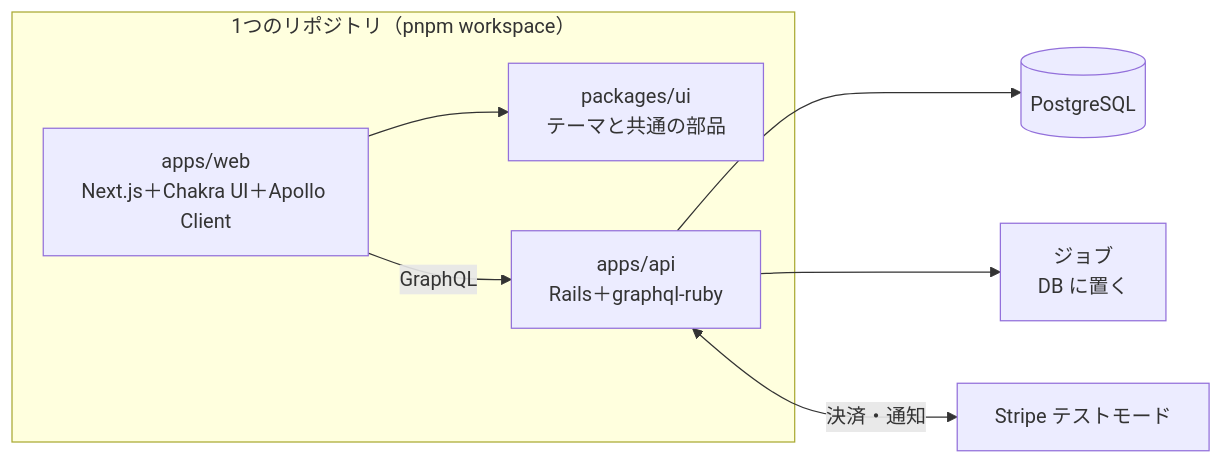
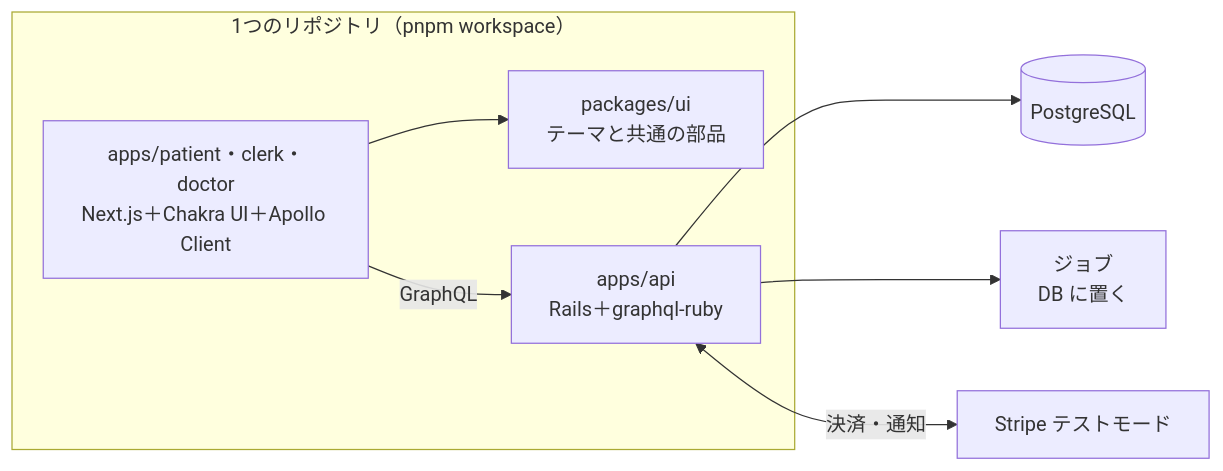
The second of 2 diagrams in docs/roadmap.md (masa-devx/clinic-architecture), drawn with Mermaid before and after one commit. The commit also changed 235 other files, not shown here.

````diff
--- a/docs/roadmap.md
+++ b/docs/roadmap.md
@@ -100,13 +100,13 @@
 ```mermaid
 flowchart LR
     subgraph repo[1つのリポジトリ（pnpm workspace）]
-      W[apps/web<br>Next.js＋Chakra UI＋Apollo Client]
+      W[apps/patient・clerk・doctor<br>Next.js＋Chakra UI＋Apollo Client]
       U[packages/ui<br>テーマと共通の部品]
       A[apps/api<br>Rails＋graphql-ruby]
     end
     W -->|GraphQL| A
     W --> U
     A --> P[(PostgreSQL)]
     A --> J[ジョブ<br>DB に置く]
     A <-->|決済・通知| S[Stripe テストモード]
 ```
````
